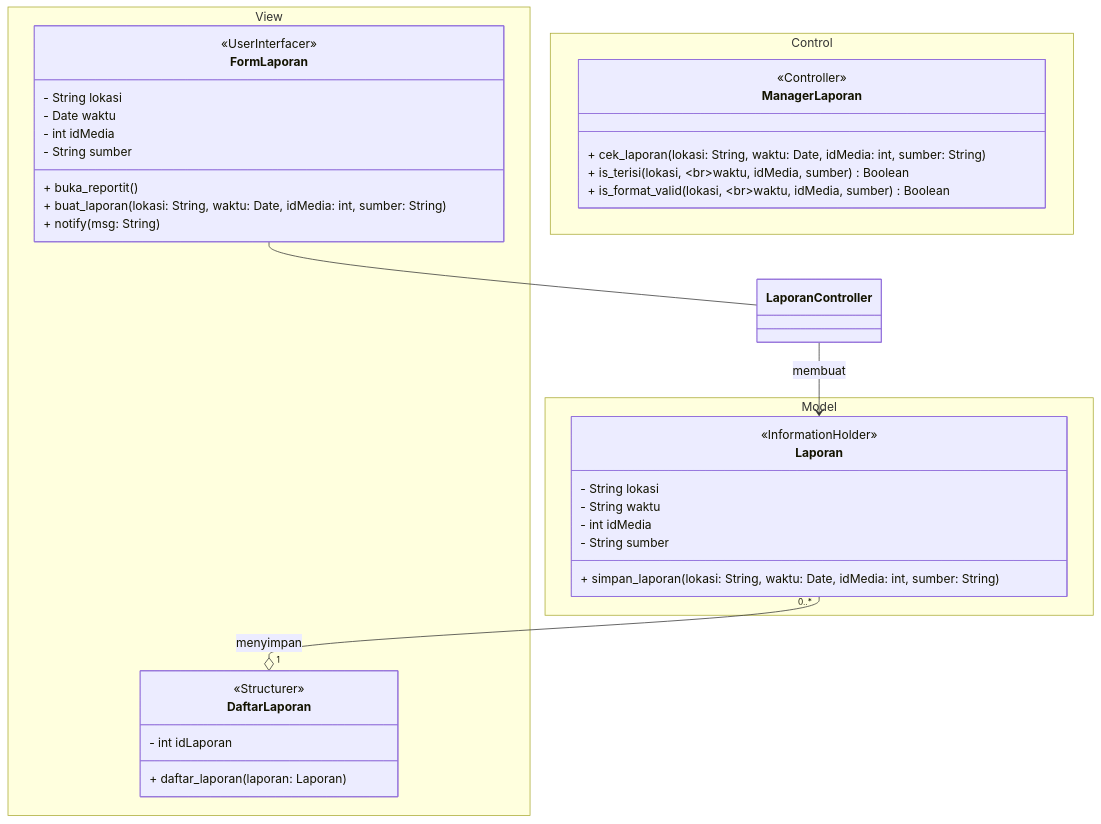
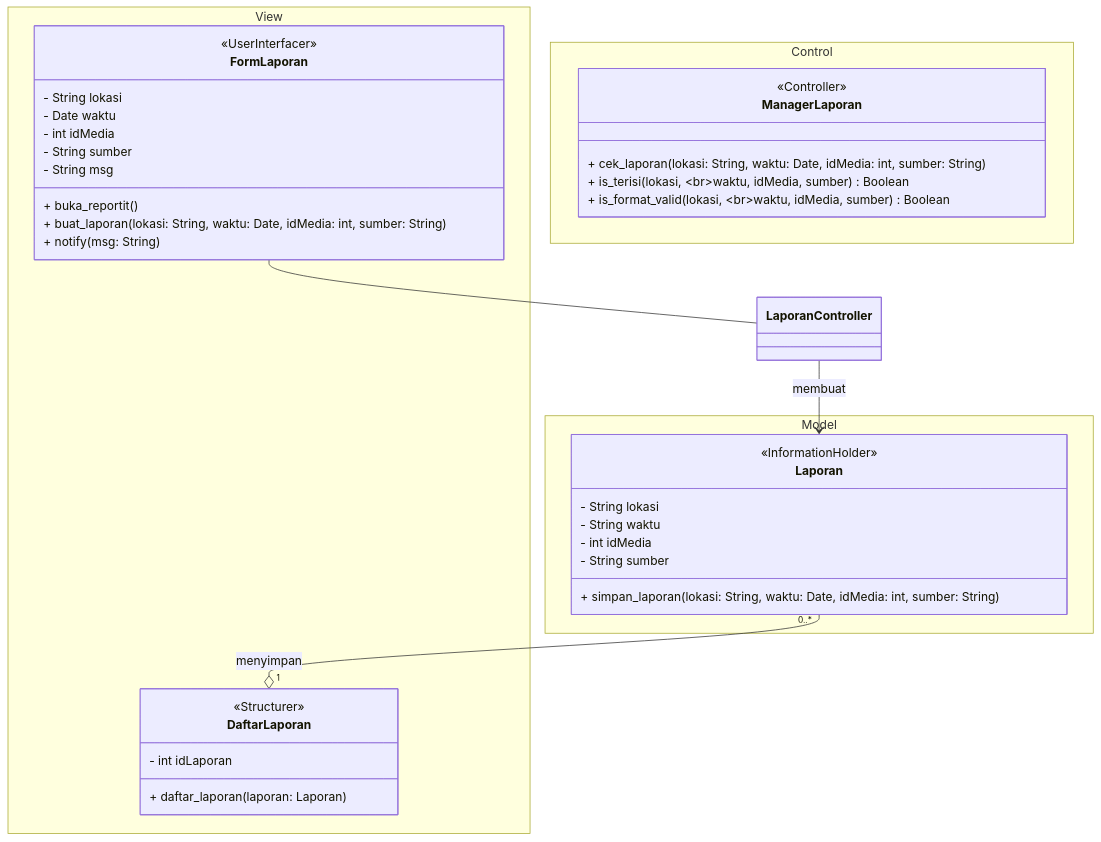
Before and after one commit to star-scripter/IF2150-RPL-K03-G02: the sixth of 29 diagrams in docs/M8/K03_G02_DPPL2.md, drawn with Mermaid. The commit also changed other lines of this file, not shown here.

Commit message:
docs: update class diagram and some changes to uc

````diff
--- a/docs/M8/K03_G02_DPPL2.md
+++ b/docs/M8/K03_G02_DPPL2.md
@@ -417,42 +417,43 @@
 ```mermaid
 classDiagram
     namespace View {
         class FormLaporan {
             <<UserInterfacer>>
             - String lokasi
             - Date waktu
             - int idMedia
-            - String sumber 
+            - String sumber
+            - String msg
             + buka_reportit()
             + buat_laporan(lokasi: String, waktu: Date, idMedia: int, sumber: String)
             + notify(msg: String)
         }
         class DaftarLaporan {
             <<Structurer>>
             - int idLaporan
             + daftar_laporan(laporan: Laporan)
         }
     }
     namespace Control {
         class ManagerLaporan {
             <<Controller>>
             + cek_laporan(lokasi: String, waktu: Date, idMedia: int, sumber: String)
             + is_terisi(lokasi, <br/>waktu, idMedia, sumber) Boolean
             + is_format_valid(lokasi, <br/>waktu, idMedia, sumber) Boolean
         }
     }
     namespace Model {
         class Laporan {
             <<InformationHolder>>
             - String lokasi
             - String waktu
             - int idMedia
             - String sumber
             + simpan_laporan(lokasi: String, waktu: Date, idMedia: int, sumber: String)
         }
     }
 
     FormLaporan -- LaporanController
     LaporanController --> Laporan : membuat
     Laporan "0..*" --o "1" DaftarLaporan : menyimpan
 ```
````
